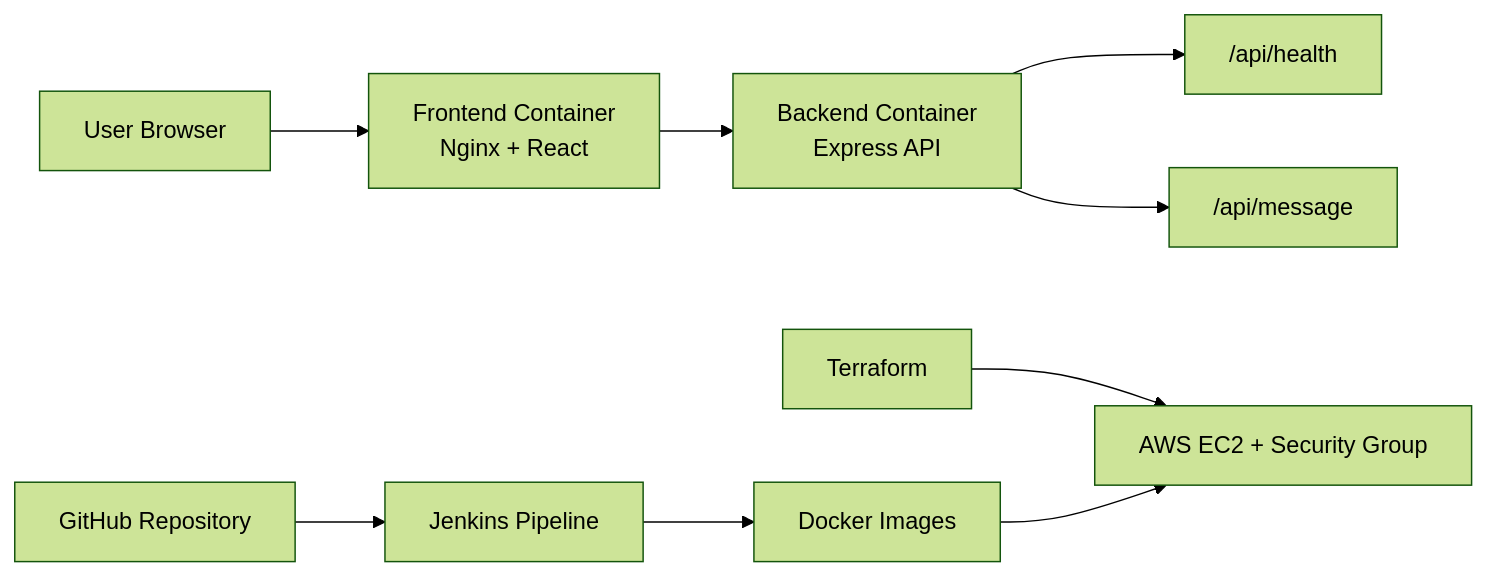
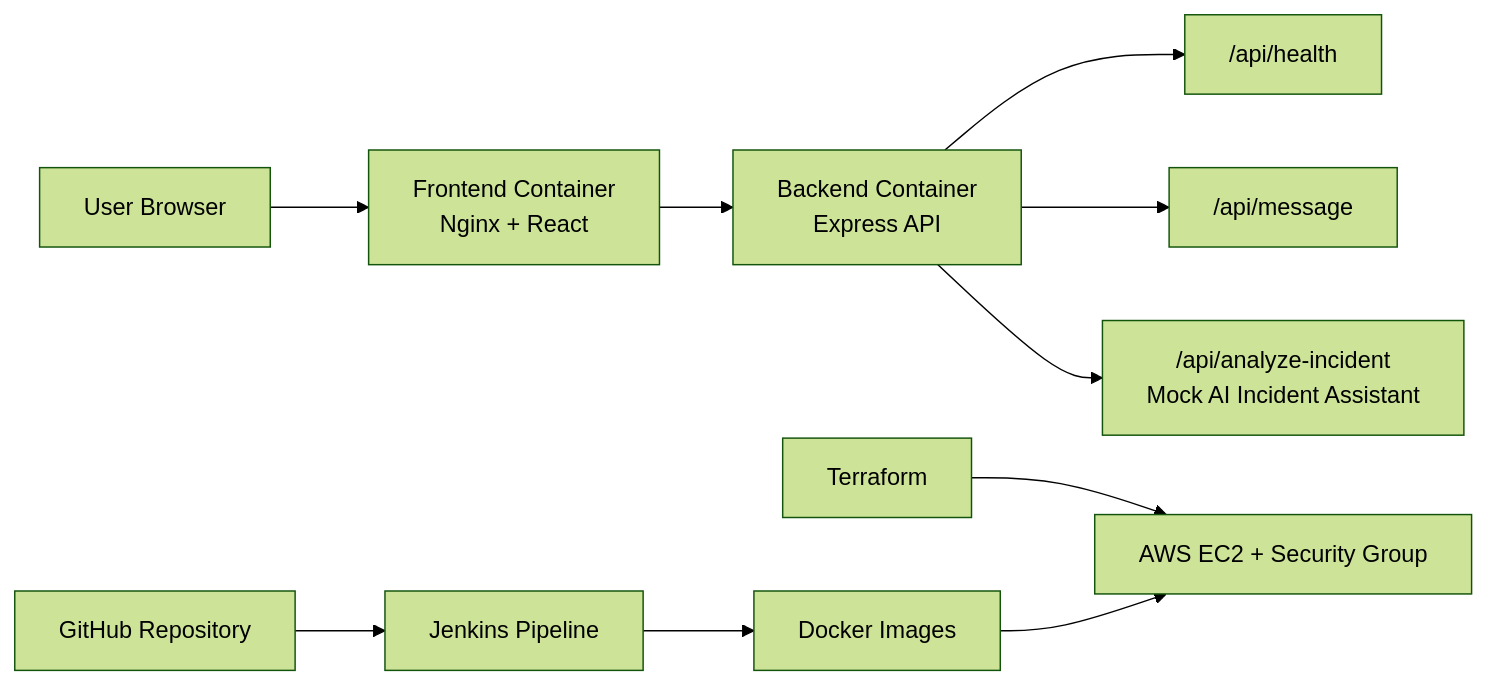
One commit to idocarmi1/devsecops-ci-cd-pipeline changed the diagram in README.md. Above: the diagram before and after it, drawn with Mermaid (forest theme). The commit also changed other lines of this file and 11 other files, not shown here.

Commit message:
Add AI incident assistant feature

````diff
--- a/README.md
+++ b/README.md
@@ -9,11 +9,12 @@
 ```mermaid
 flowchart LR
   user["User Browser"] --> frontend["Frontend Container<br/>Nginx + React"]
   frontend --> backend["Backend Container<br/>Express API"]
   backend --> health["/api/health"]
   backend --> message["/api/message"]
+  backend --> incident["/api/analyze-incident<br/>Mock AI Incident Assistant"]
   github["GitHub Repository"] --> jenkins["Jenkins Pipeline"]
   jenkins --> docker["Docker Images"]
   terraform["Terraform"] --> ec2["AWS EC2 + Security Group"]
   docker --> ec2
 ```
````
